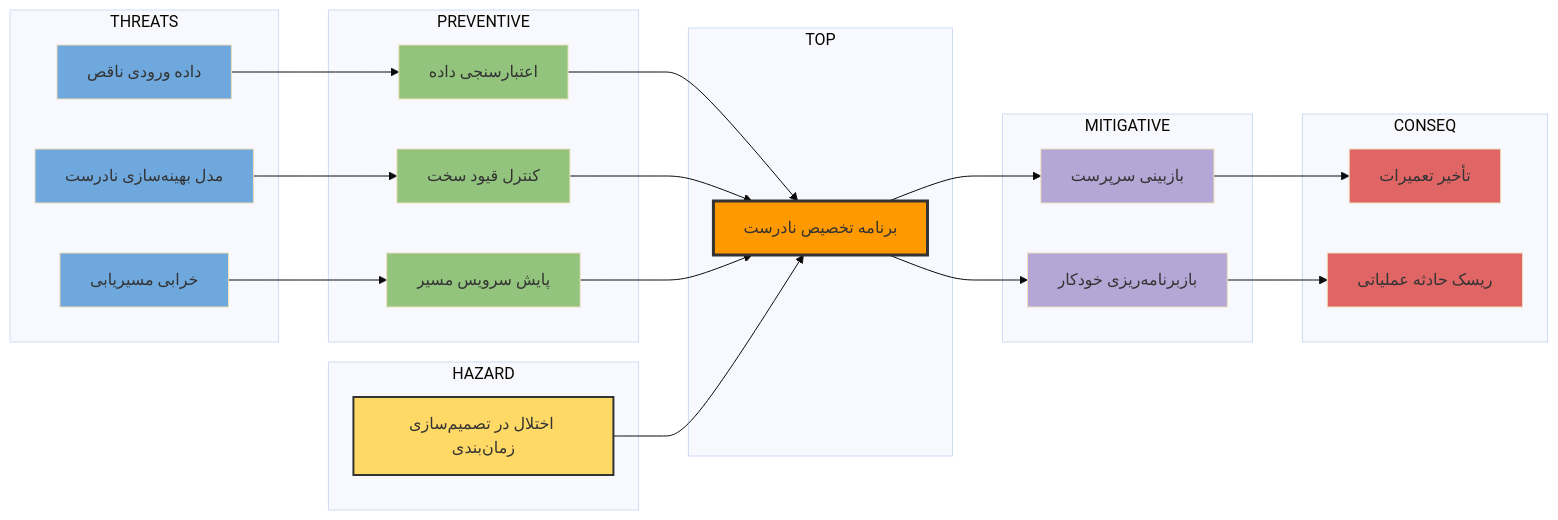
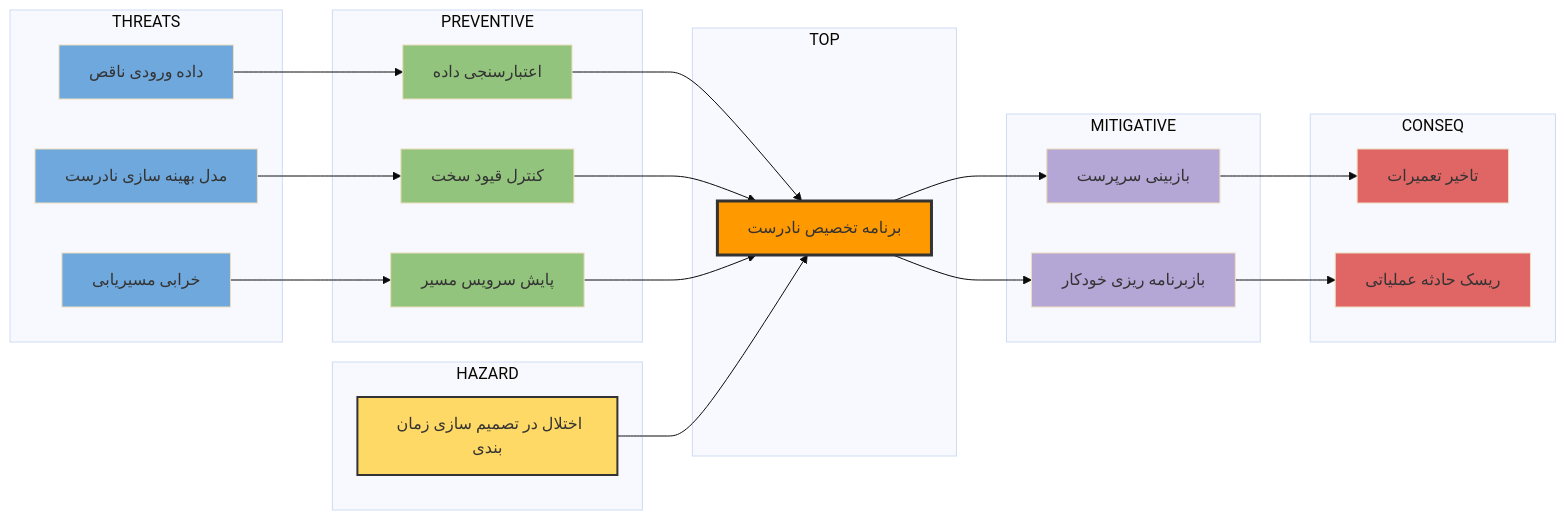
One commit to ParsaSinichi/hadisadoghiyazdi1971.github.io changed the fifth of 6 diagrams in presentation/bowtie.md. Above: the diagram before and after it, drawn with Mermaid (base theme).

````diff
--- a/presentation/bowtie.md
+++ b/presentation/bowtie.md
@@ -479,55 +479,55 @@
 ```mermaid
 flowchart LR
 
 subgraph THREATS
-T1[داده ورودی ناقص]
-T2[مدل بهینه‌سازی نادرست]
-T3[خرابی مسیریابی]
+T1["داده ورودی ناقص"]
+T2["مدل بهینه سازی نادرست"]
+T3["خرابی مسیریابی"]
 end
 
 subgraph PREVENTIVE
-P1[اعتبارسنجی داده]
-P2[کنترل قیود سخت]
-P3[پایش سرویس مسیر]
+P1["اعتبارسنجی داده"]
+P2["کنترل قیود سخت"]
+P3["پایش سرویس مسیر"]
 end
 
 subgraph HAZARD
-H[اختلال در تصمیم‌سازی زمان‌بندی]
+H["اختلال در تصمیم سازی زمان بندی"]
 end
 
 subgraph TOP
-TE[برنامه تخصیص نادرست]
+TE["برنامه تخصیص نادرست"]
 end
 
 subgraph MITIGATIVE
-M1[بازبینی سرپرست]
-M2[بازبرنامه‌ریزی خودکار]
+M1["بازبینی سرپرست"]
+M2["بازبرنامه ریزی خودکار"]
 end
 
 subgraph CONSEQ
-C1[تأخیر تعمیرات]
-C2[ریسک حادثه عملیاتی]
+C1["تاخیر تعمیرات"]
+C2["ریسک حادثه عملیاتی"]
 end
 
 T1 --> P1 --> TE
 T2 --> P2 --> TE
 T3 --> P3 --> TE
 
 H --> TE
 
 TE --> M1 --> C1
 TE --> M2 --> C2
 
 style H fill:#ffd966,stroke:#333,stroke-width:2px
 style TE fill:#ff9900,stroke:#333,stroke-width:3px
 style T1 fill:#6fa8dc
 style T2 fill:#6fa8dc
 style T3 fill:#6fa8dc
 style P1 fill:#93c47d
 style P2 fill:#93c47d
 style P3 fill:#93c47d
 style M1 fill:#b4a7d6
 style M2 fill:#b4a7d6
 style C1 fill:#e06666
 style C2 fill:#e06666
 ```
````
